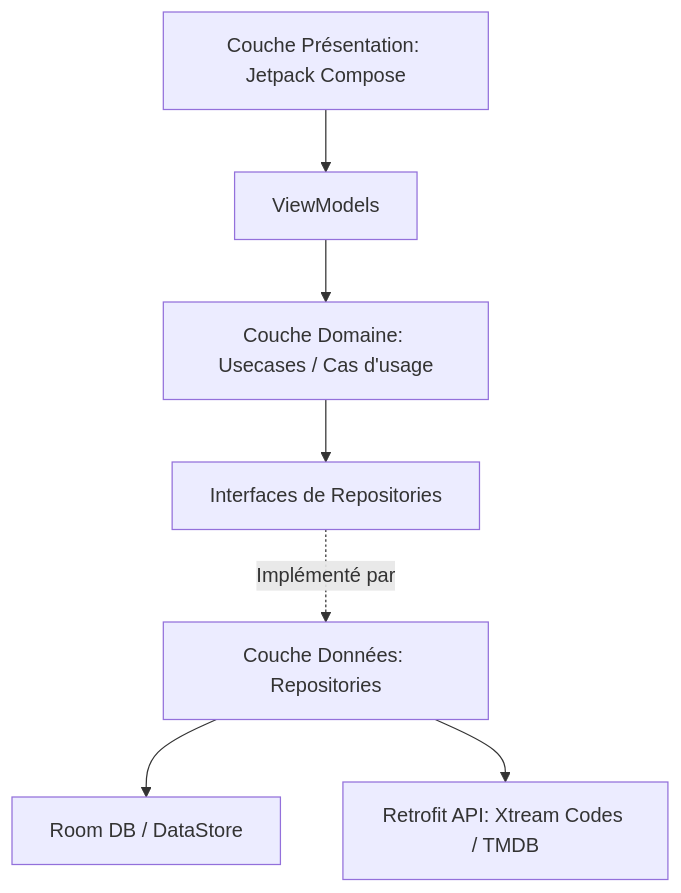
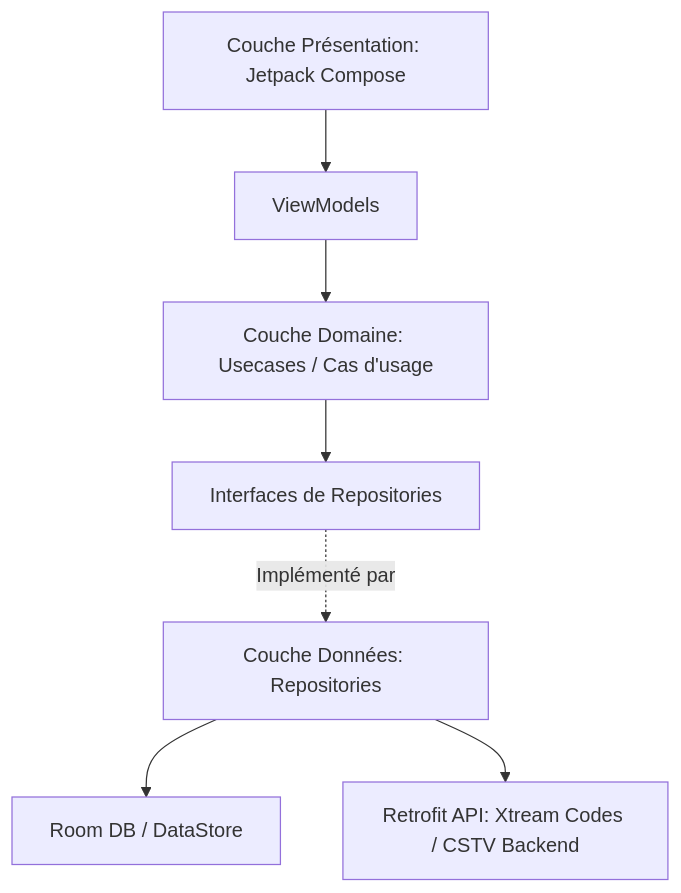
The diagram in docs/architecture.md (scilone/cstv), drawn with Mermaid before and after one commit. The commit also changed other lines of this file and 46 other files, not shown here.

First line of the commit message:
♻️ feat(catalog): centralisation des appels TMDB dans le backend (T22, v1.85.0)

````diff
--- a/docs/architecture.md
+++ b/docs/architecture.md
@@ -21,9 +21,9 @@
 ```mermaid
 graph TD
     UI[Couche Présentation: Jetpack Compose] --> VM[ViewModels]
     VM --> UC[Couche Domaine: Usecases / Cas d'usage]
     UC --> RepoInterface[Interfaces de Repositories]
     RepoInterface -. Implémenté par .-> RepoImpl[Couche Données: Repositories]
     RepoImpl --> Local[Room DB / DataStore]
-    RepoImpl --> Remote[Retrofit API: Xtream Codes / TMDB]
+    RepoImpl --> Remote[Retrofit API: Xtream Codes / CSTV Backend]
 ```
````
